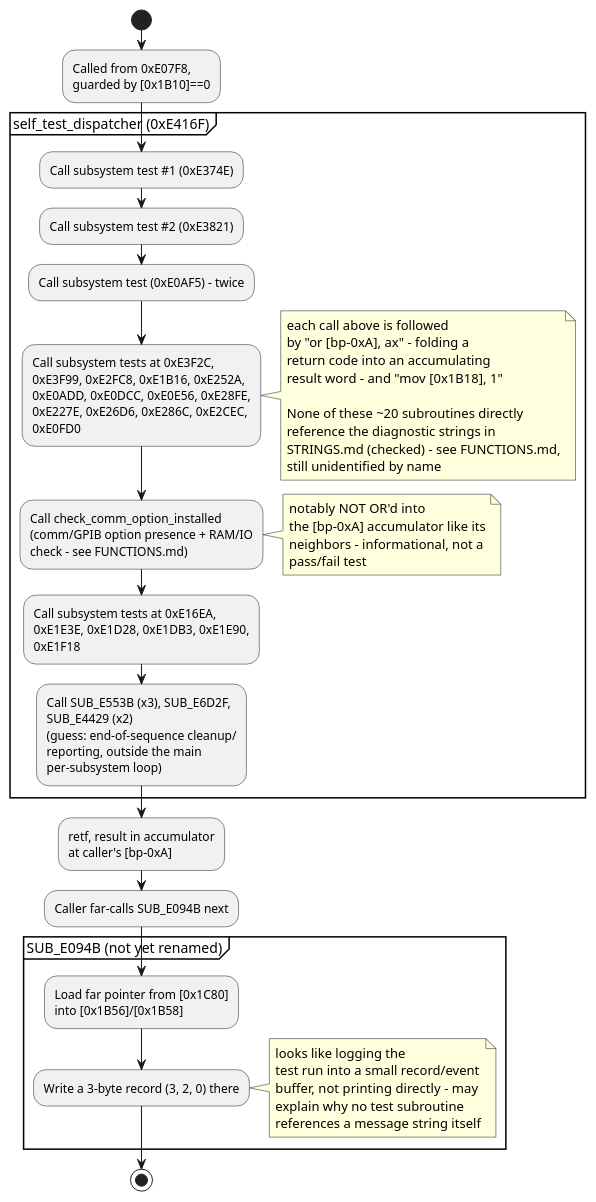
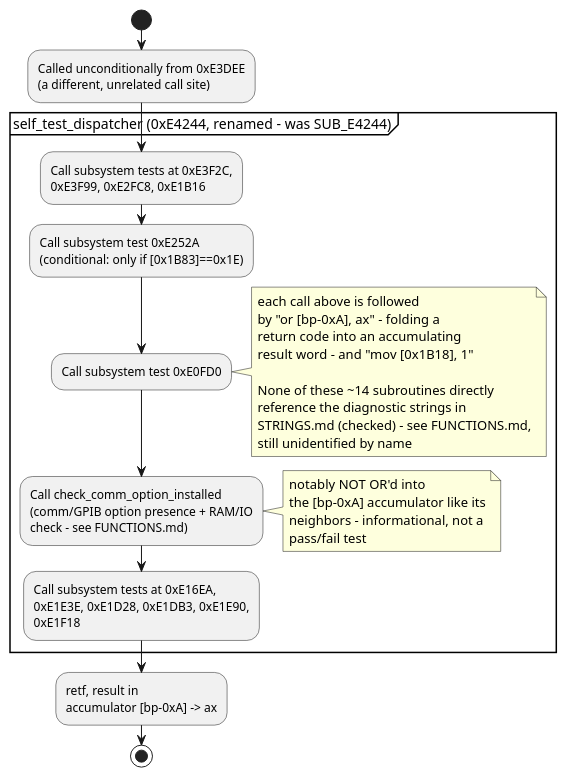
Before and after one commit to Mwwhited-BookLearning/tektronix-2230: the fourth of 5 diagrams in JUMP_MAP.md, drawn with PlantUML. The commit also changed other lines of this file and 14 other files, not shown here.

````diff
--- a/JUMP_MAP.md
+++ b/JUMP_MAP.md
@@ -78,28 +107,20 @@
 ```plantuml
 @startuml
 start
-:Called from 0xE07F8,\nguarded by [0x1B10]==0;
+:Called unconditionally from 0xE3DEE\n(a different, unrelated call site);
 
-partition "self_test_dispatcher (0xE416F)" {
-  :Call subsystem test #1 (0xE374E);
-  :Call subsystem test #2 (0xE3821);
-  :Call subsystem test (0xE0AF5) - twice;
-  :Call subsystem tests at 0xE3F2C,\n0xE3F99, 0xE2FC8, 0xE1B16, 0xE252A,\n0xE0ADD, 0xE0DCC, 0xE0E56, 0xE28FE,\n0xE227E, 0xE26D6, 0xE286C, 0xE2CEC,\n0xE0FD0;
-  note right: each call above is followed\nby "or [bp-0xA], ax" - folding a\nreturn code into an accumulating\nresult word - and "mov [0x1B18], 1"\n\nNone of these ~20 subroutines directly\nreference the diagnostic strings in\nSTRINGS.md (checked) - see FUNCTIONS.md,\nstill unidentified by name
+partition "self_test_dispatcher (0xE4244, renamed - was SUB_E4244)" {
+  :Call subsystem tests at 0xE3F2C,\n0xE3F99, 0xE2FC8, 0xE1B16;
+  :Call subsystem test 0xE252A\n(conditional: only if [0x1B83]==0x1E);
+  :Call subsystem test 0xE0FD0;
+  note right: each call above is followed\nby "or [bp-0xA], ax" - folding a\nreturn code into an accumulating\nresult word - and "mov [0x1B18], 1"\n\nNone of these ~14 subroutines directly\nreference the diagnostic strings in\nSTRINGS.md (checked) - see FUNCTIONS.md,\nstill unidentified by name
 
   :Call check_comm_option_installed\n(comm/GPIB option presence + RAM/IO\ncheck - see FUNCTIONS.md);
   note right: notably NOT OR'd into\nthe [bp-0xA] accumulator like its\nneighbors - informational, not a\npass/fail test
 
   :Call subsystem tests at 0xE16EA,\n0xE1E3E, 0xE1D28, 0xE1DB3, 0xE1E90,\n0xE1F18;
-  :Call SUB_E553B (x3), SUB_E6D2F,\nSUB_E4429 (x2)\n(guess: end-of-sequence cleanup/\nreporting, outside the main\nper-subsystem loop);
 }
-:retf, result in accumulator\nat caller's [bp-0xA];
-:Caller far-calls SUB_E094B next;
-partition "SUB_E094B (not yet renamed)" {
-  :Load far pointer from [0x1C80]\ninto [0x1B56]/[0x1B58];
-  :Write a 3-byte record (3, 2, 0) there;
-  note right: looks like logging the\ntest run into a small record/event\nbuffer, not printing directly - may\nexplain why no test subroutine\nreferences a message string itself
-}
+:retf, result in\naccumulator [bp-0xA] -> ax;
 stop
 @enduml
 ```
````
